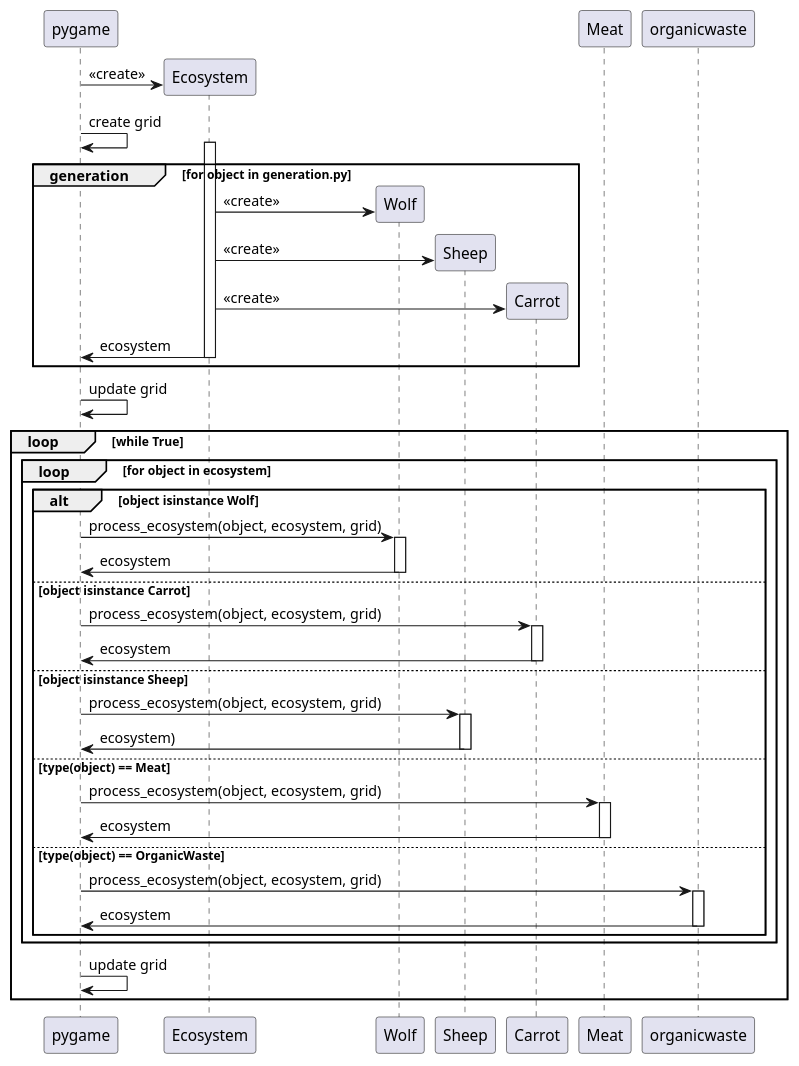
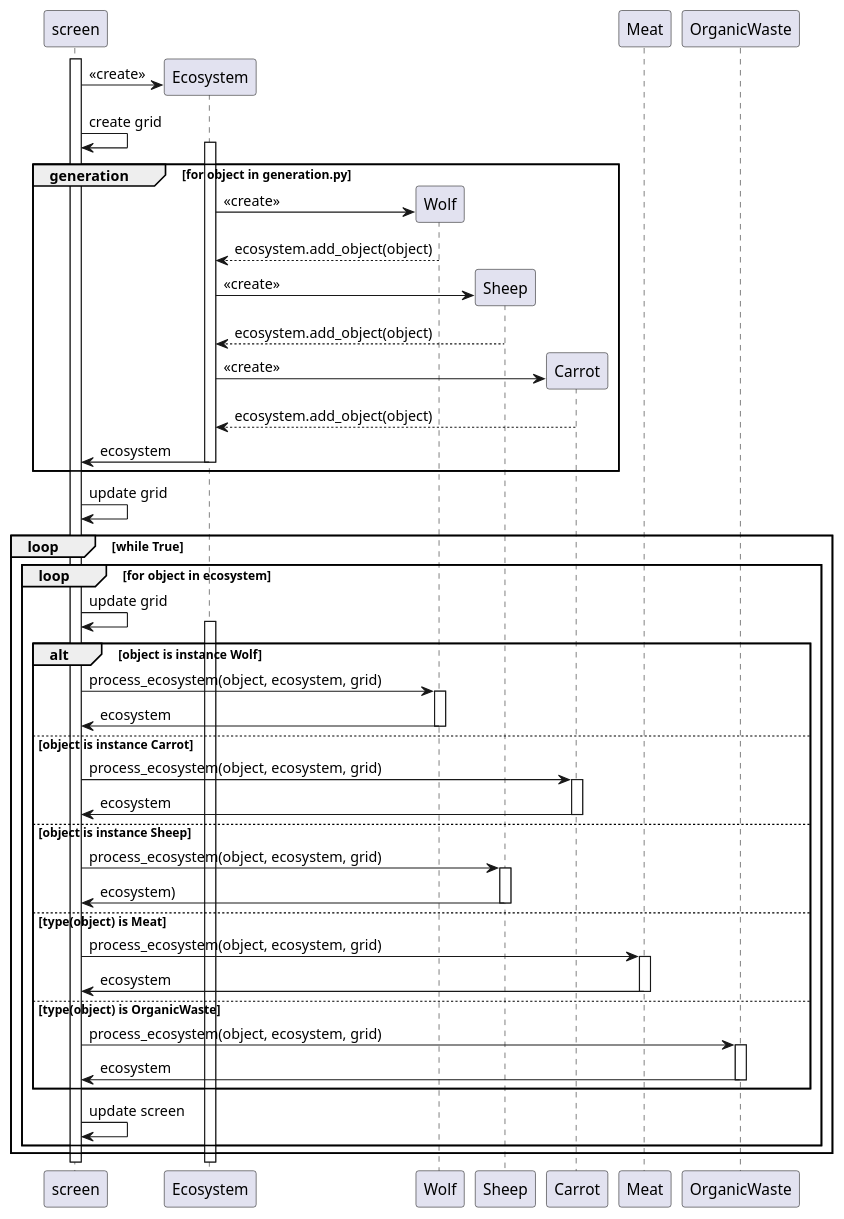
One commit to 1tnx/PO3L_ecosystem changed the diagram in ressources/uml/sequence_diagram.plantuml. Above: the diagram before and after it, drawn with PlantUML. The commit also changed 1 other file, not shown here.

Commit message:
update uml

```diff
--- a/ressources/uml/sequence_diagram.plantuml
+++ b/ressources/uml/sequence_diagram.plantuml
@@ -1,60 +1,67 @@
 @startuml
 
-participant "pygame" as A
+participant "screen" as A
 participant "Ecosystem" as B
 participant "Wolf" as C
 participant "Sheep" as D
 participant "Carrot" as E
 participant "Meat" as F
-participant "organicwaste" as G
+participant "OrganicWaste" as G
+
+activate A
 
 create B
 A -> B: << create >>
 A -> A: create grid
 
 group generation [for object in generation.py]
   activate B
   create C
   B -> C: << create >>
+  C --> B: ecosystem.add_object(object)
   create D
   B -> D: << create >>
+  D --> B: ecosystem.add_object(object)
   create E
   B -> E: << create >>
+  E --> B: ecosystem.add_object(object)
   B -> A: ecosystem
   deactivate B
 end
 
 A -> A: update grid
 
 group loop [while True]
     group loop [for object in ecosystem]
-        alt object isinstance Wolf
+    A -> A: update grid
+        alt object is instance Wolf
+            activate B
             A -> C: process_ecosystem(object, ecosystem, grid)
             activate C
             C -> A: ecosystem
             deactivate C
-        else object isinstance Carrot
+        else object is instance Carrot
             A -> E: process_ecosystem(object, ecosystem, grid)
             activate E
             E -> A: ecosystem
             deactivate E
-        else object isinstance Sheep
+        else object is instance Sheep
             A -> D: process_ecosystem(object, ecosystem, grid)
             activate D
             D -> A: ecosystem)
             deactivate D
-        else type(object) == Meat
+        else type(object) is Meat
             A -> F: process_ecosystem(object, ecosystem, grid)
             activate F
             F -> A: ecosystem
             deactivate F
-        else type(object) == OrganicWaste
+        else type(object) is OrganicWaste
             A -> G: process_ecosystem(object, ecosystem, grid)
             activate G
             G -> A: ecosystem
             deactivate G
         end
+        A -> A: update screen
     end
-    A -> A: update grid
 end
 @enduml
```
